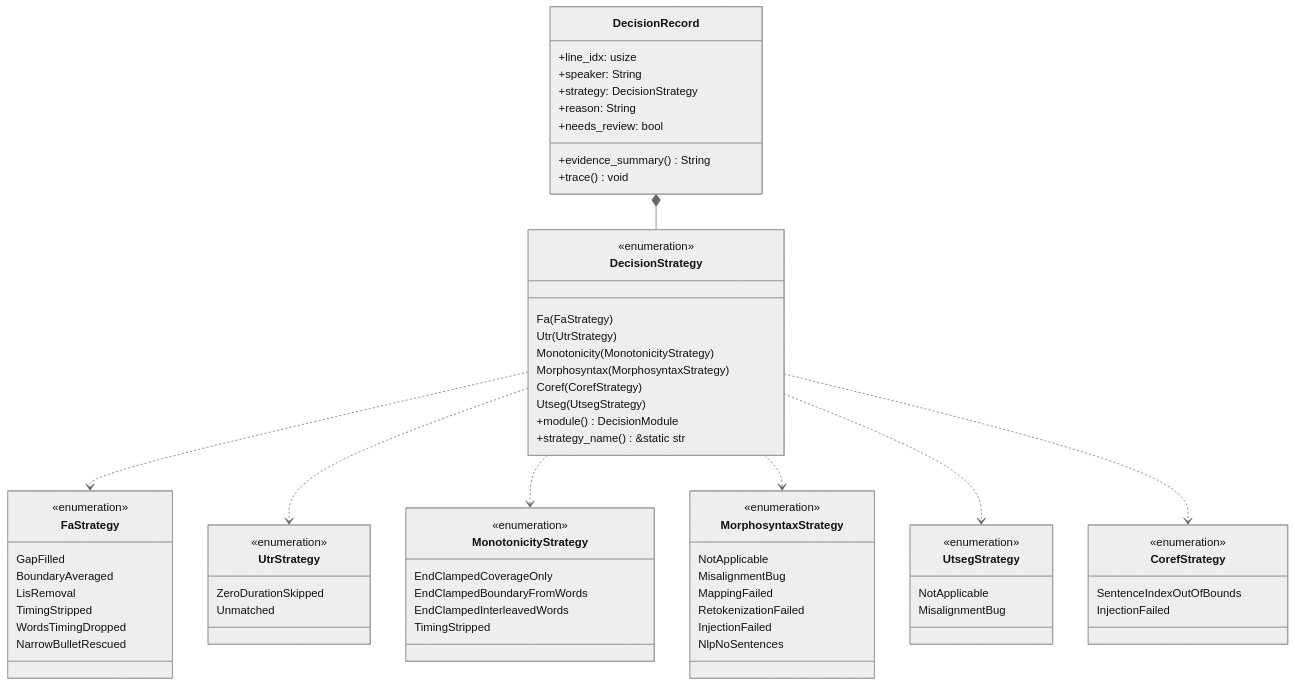
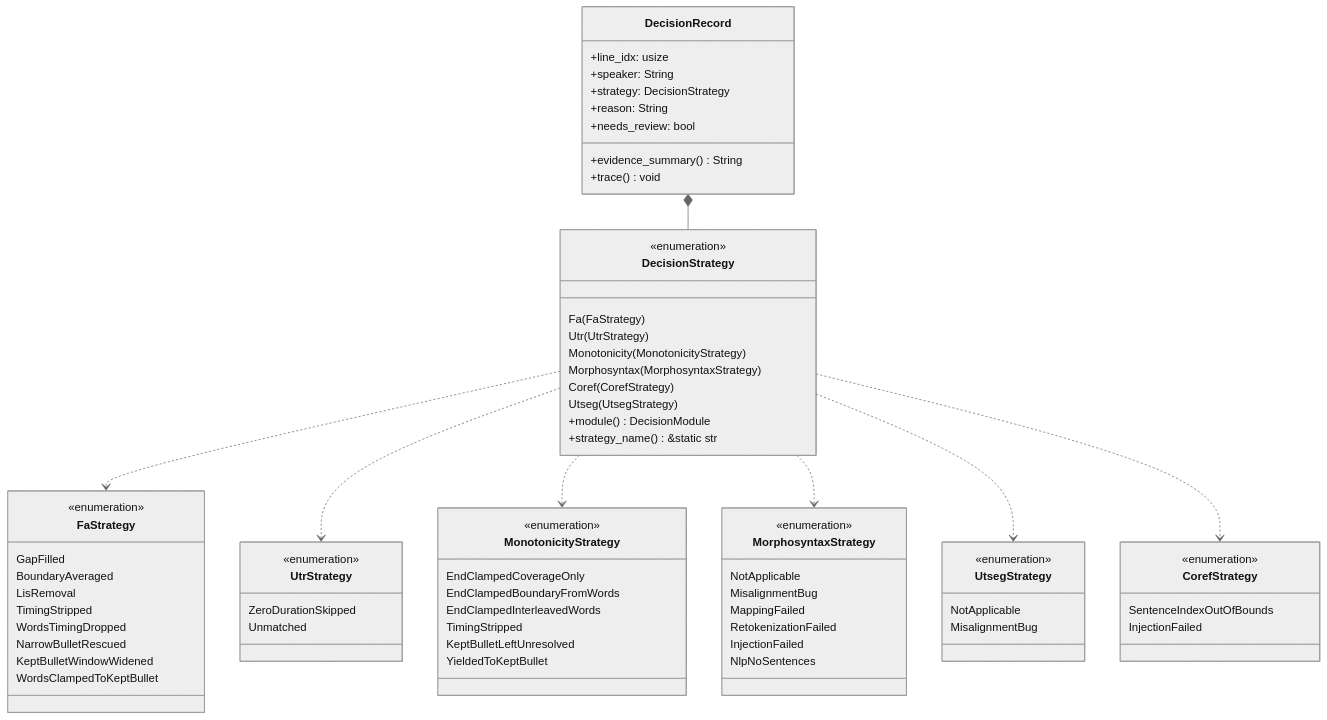
One commit to FranklinChen/talkbank-tools changed the seventh of 9 diagrams in book/src/batchalign/architecture/pipeline-decisions.md. Above: the diagram before and after it, drawn with Mermaid (neutral theme). The commit also changed other lines of this file and 34 other files, not shown here.

````diff
--- a/book/src/batchalign/architecture/pipeline-decisions.md
+++ b/book/src/batchalign/architecture/pipeline-decisions.md
@@ -296,70 +300,74 @@
 ```mermaid
 classDiagram
     class DecisionRecord {
         +line_idx: usize
         +speaker: String
         +strategy: DecisionStrategy
         +reason: String
         +needs_review: bool
         +evidence_summary() String
         +trace() void
     }
     class DecisionStrategy {
         <<enumeration>>
         Fa(FaStrategy)
         Utr(UtrStrategy)
         Monotonicity(MonotonicityStrategy)
         Morphosyntax(MorphosyntaxStrategy)
         Coref(CorefStrategy)
         Utseg(UtsegStrategy)
         +module() DecisionModule
         +strategy_name() &static str
     }
     class FaStrategy {
         <<enumeration>>
         GapFilled
         BoundaryAveraged
         LisRemoval
         TimingStripped
         WordsTimingDropped
         NarrowBulletRescued
+        KeptBulletWindowWidened
+        WordsClampedToKeptBullet
     }
     class UtrStrategy {
         <<enumeration>>
         ZeroDurationSkipped
         Unmatched
     }
     class MonotonicityStrategy {
         <<enumeration>>
         EndClampedCoverageOnly
         EndClampedBoundaryFromWords
         EndClampedInterleavedWords
         TimingStripped
+        KeptBulletLeftUnresolved
+        YieldedToKeptBullet
     }
     class MorphosyntaxStrategy {
         <<enumeration>>
         NotApplicable
         MisalignmentBug
         MappingFailed
         RetokenizationFailed
         InjectionFailed
         NlpNoSentences
     }
     class UtsegStrategy {
         <<enumeration>>
         NotApplicable
         MisalignmentBug
     }
     class CorefStrategy {
         <<enumeration>>
         SentenceIndexOutOfBounds
         InjectionFailed
     }
     DecisionRecord *-- DecisionStrategy
     DecisionStrategy ..> FaStrategy
     DecisionStrategy ..> UtrStrategy
     DecisionStrategy ..> MonotonicityStrategy
     DecisionStrategy ..> MorphosyntaxStrategy
     DecisionStrategy ..> UtsegStrategy
     DecisionStrategy ..> CorefStrategy
 ```
````
